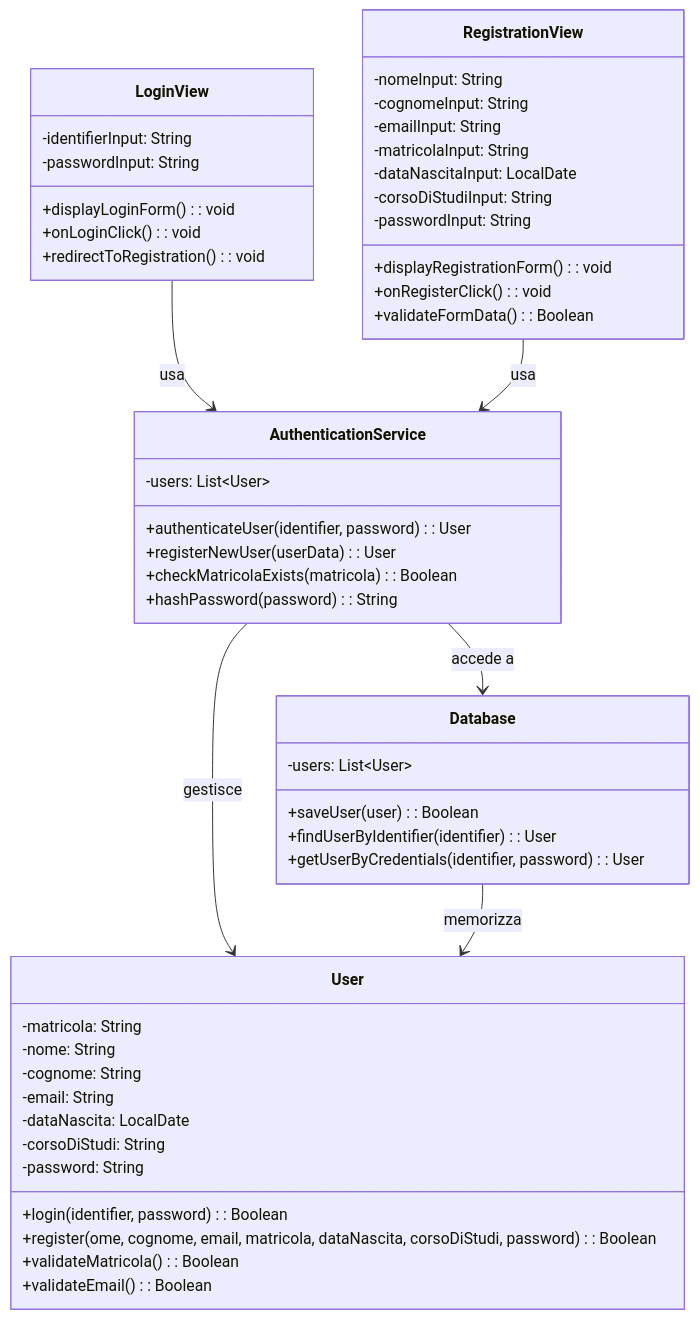
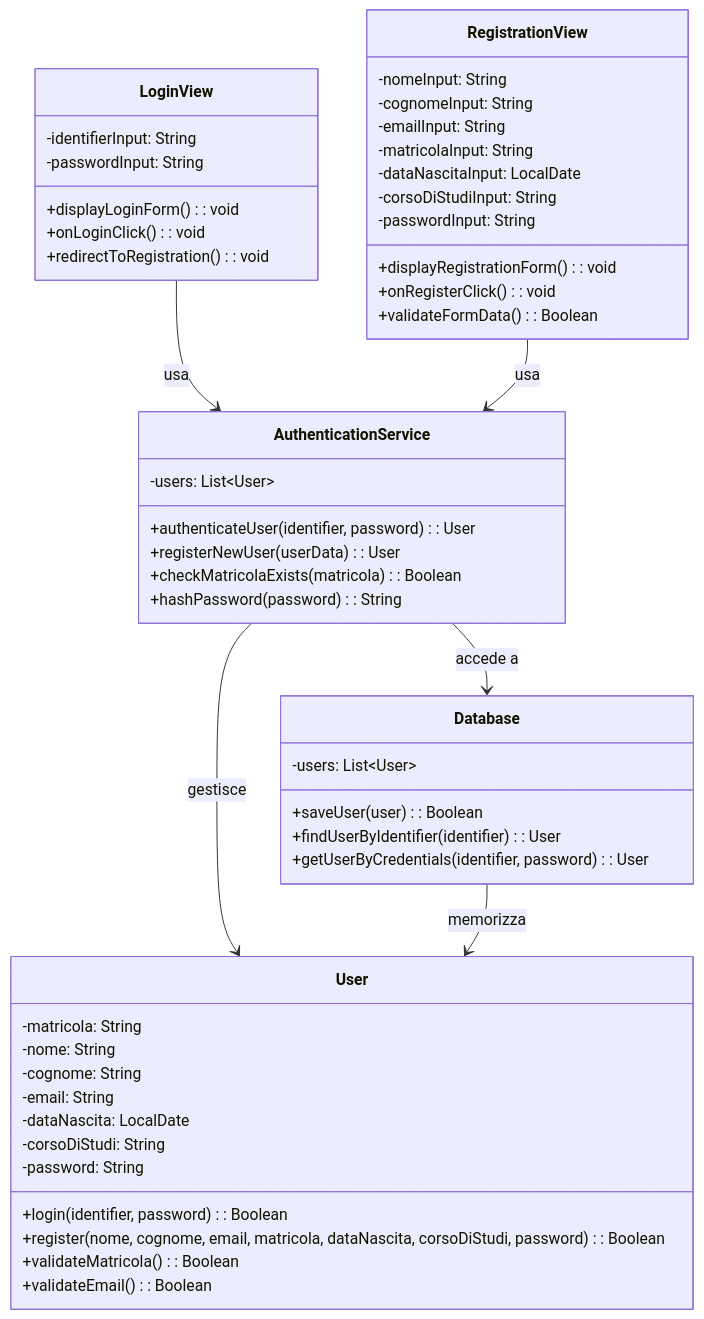
One commit to Sil2564/unibo_tutoring changed the third of 8 diagrams in README.md. Above: the diagram before and after it, drawn with Mermaid.

````diff
--- a/README.md
+++ b/README.md
@@ -167,53 +167,53 @@
 ```mermaid
 classDiagram
     class User {
         -matricola: String
         -nome: String
         -cognome: String
         -email: String
         -dataNascita: LocalDate
         -corsoDiStudi: String
         -password: String
         +login(identifier, password): Boolean
-        +register(ome, cognome, email, matricola, dataNascita, corsoDiStudi, password): Boolean
+        +register(nome, cognome, email, matricola, dataNascita, corsoDiStudi, password): Boolean
         +validateMatricola(): Boolean
         +validateEmail(): Boolean
     }
     class AuthenticationService {
         -users: List~User~
         +authenticateUser(identifier, password): User
         +registerNewUser(userData): User
         +checkMatricolaExists(matricola): Boolean
         +hashPassword(password): String
     }
     class LoginView {
         -identifierInput: String
         -passwordInput: String
         +displayLoginForm(): void
         +onLoginClick(): void
         +redirectToRegistration(): void
     }
     class RegistrationView {
         -nomeInput: String
         -cognomeInput: String
         -emailInput: String
         -matricolaInput: String
         -dataNascitaInput: LocalDate
         -corsoDiStudiInput: String
         -passwordInput: String
         +displayRegistrationForm(): void
         +onRegisterClick(): void
         +validateFormData(): Boolean
 }
     class Database {
         -users: List~User~
         +saveUser(user): Boolean
         +findUserByIdentifier(identifier): User
         +getUserByCredentials(identifier, password): User
     }
     LoginView --> AuthenticationService: usa
     RegistrationView --> AuthenticationService: usa
     AuthenticationService --> Database: accede a
     AuthenticationService --> User: gestisce
     Database --> User: memorizza
 ```
````
